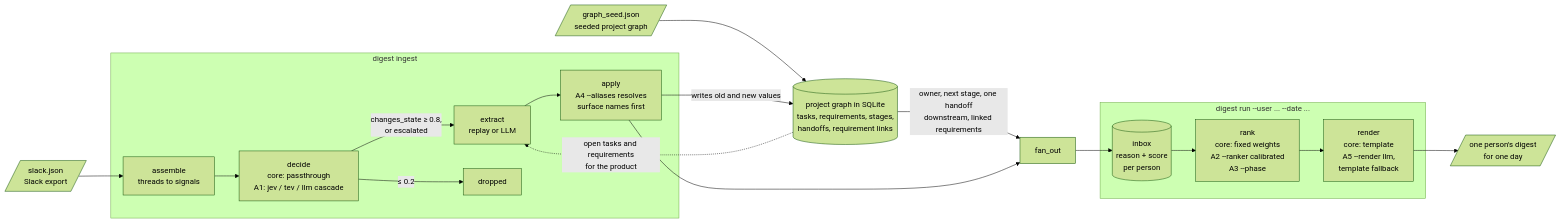
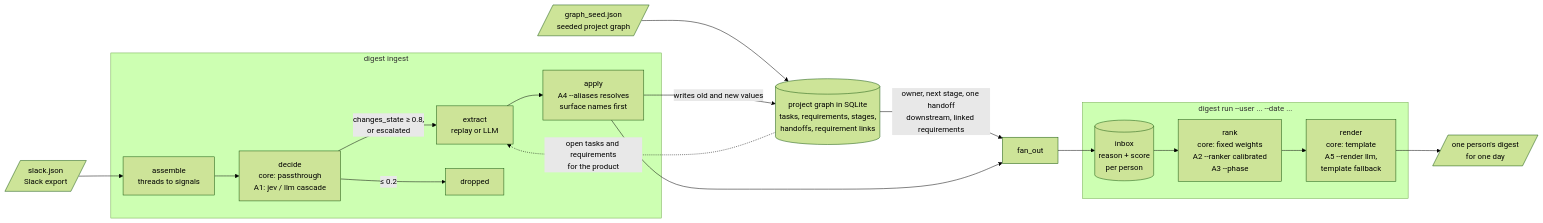
The diagram in README.md (AMOORCHING/evercurrent-takehome), drawn with Mermaid (forest theme) before and after one commit. The commit also changed other lines of this file and 7 other files, not shown here.

Commit message:
Remove the Tev backend; jev and llm carry the comparison

````diff
--- a/README.md
+++ b/README.md
@@ -14,23 +14,23 @@
 ```mermaid
 flowchart LR
     slack[/"slack.json<br>Slack export"/] --> assemble
     seed[/"graph_seed.json<br>seeded project graph"/] --> pgraph
 
     subgraph ingest ["digest ingest"]
-        assemble["assemble<br>threads to signals"] --> decide["decide<br>core: passthrough<br>A1: jev / tev / llm cascade"]
+        assemble["assemble<br>threads to signals"] --> decide["decide<br>core: passthrough<br>A1: jev / llm cascade"]
         decide -->|"changes_state &ge; 0.8,<br>or escalated"| extract["extract<br>replay or LLM"]
         decide -->|"&le; 0.2"| dropped["dropped"]
         extract --> apply["apply<br>A4 --aliases resolves<br>surface names first"]
     end
 
     apply -->|"writes old and new values"| pgraph[("project graph in SQLite<br>tasks, requirements, stages,<br>handoffs, requirement links")]
     pgraph -.->|"open tasks and requirements<br>for the product"| extract
     pgraph -->|"owner, next stage, one handoff<br>downstream, linked requirements"| fanout
     apply --> fanout["fan_out"] --> inbox[("inbox<br>reason + score<br>per person")]
 
     subgraph run ["digest run --user ... --date ..."]
         inbox --> rank["rank<br>core: fixed weights<br>A2 --ranker calibrated<br>A3 --phase"]
         rank --> render["render<br>core: template<br>A5 --render llm,<br>template fallback"]
     end
     render --> out[/"one person's digest<br>for one day"/]
 ```
````
